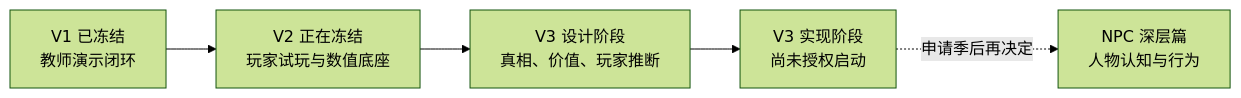
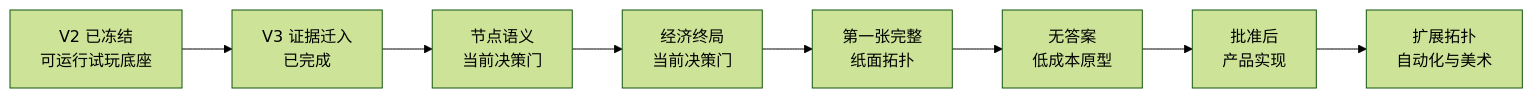
Before and after one commit to NomuTsuki/zhangyan: the first of 2 diagrams in docs/project/overview/01-ROADMAP.md, drawn with Mermaid (forest theme). The commit also changed other lines of this file and 23 other files, not shown here.

````diff
--- a/docs/project/overview/01-ROADMAP.md
+++ b/docs/project/overview/01-ROADMAP.md
@@ -9,7 +9,10 @@
 ```mermaid
 flowchart LR
-    V1["V1 已冻结<br/>教师演示闭环"] --> V2["V2 正在冻结<br/>玩家试玩与数值底座"]
-    V2 --> V3Design["V3 设计阶段<br/>真相、价值、玩家推断"]
-    V3Design --> V3Build["V3 实现阶段<br/>尚未授权启动"]
-    V3Build -."申请季后再决定".-> NPC["NPC 深层篇<br/>人物认知与行为"]
+    V2["V2 已冻结<br/>可运行试玩底座"] --> Intake["V3 证据迁入<br/>已完成"]
+    Intake --> Node["节点语义<br/>当前决策门"]
+    Node --> Ending["经济终局<br/>当前决策门"]
+    Ending --> Paper["第一张完整<br/>纸面拓扑"]
+    Paper --> Prototype["无答案<br/>低成本原型"]
+    Prototype --> Build["批准后<br/>产品实现"]
+    Build --> Scale["扩展拓扑<br/>自动化与美术"]
 ```
````
